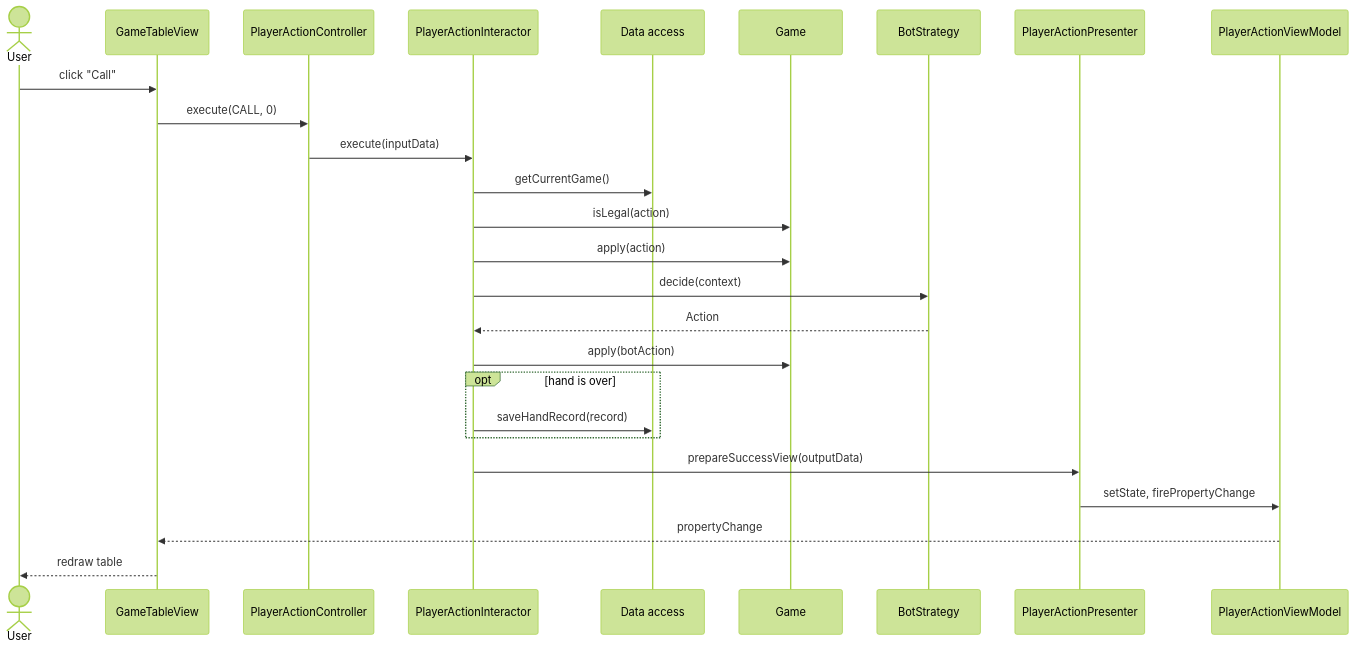
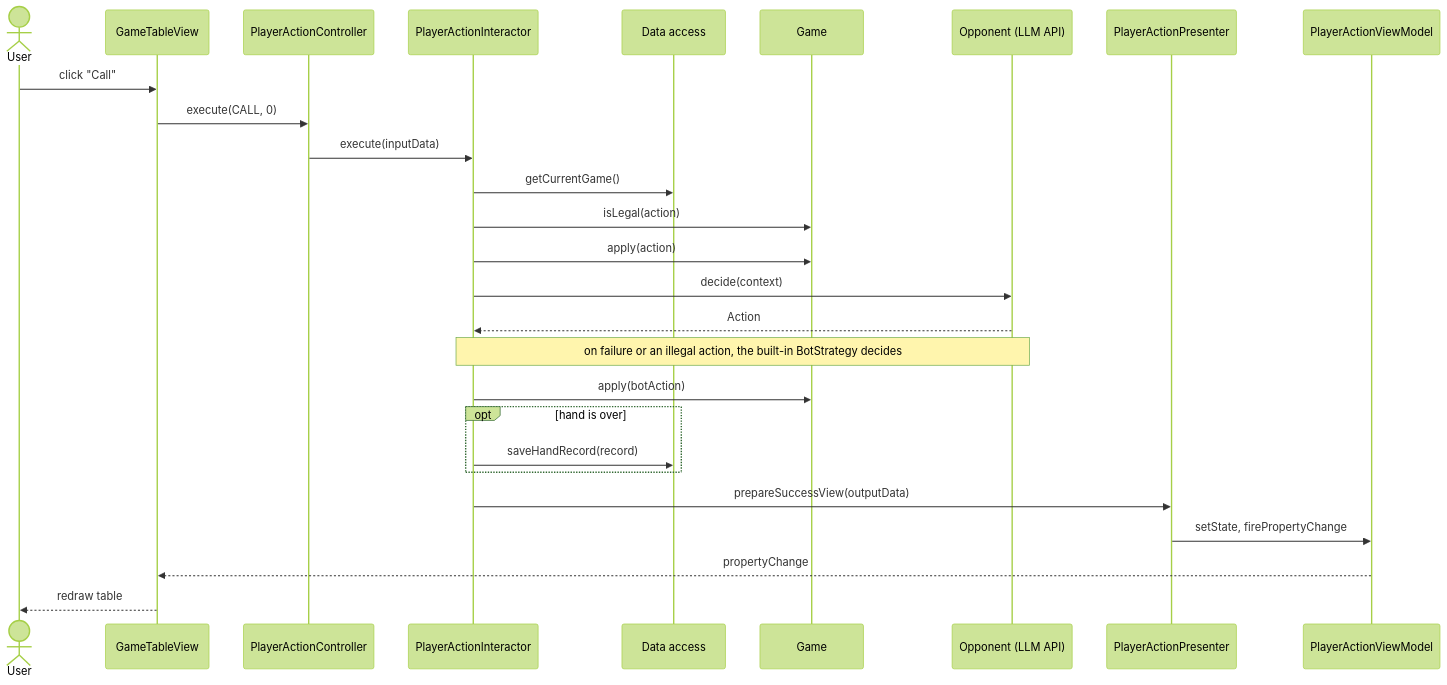
Before and after one commit to leiz123321/team-project: the third of 3 diagrams in docs/ARCHITECTURE.md, drawn with Mermaid (forest theme). The commit also changed other lines of this file and 1 other file, not shown here.

First line of the commit message:
Fill in README from the course template and update architecture

````diff
--- a/docs/ARCHITECTURE.md
+++ b/docs/ARCHITECTURE.md
@@ -306,29 +331,30 @@
 ```mermaid
 sequenceDiagram
     actor User
     participant View as GameTableView
     participant Ctrl as PlayerActionController
     participant Int as PlayerActionInteractor
     participant DAO as Data access
     participant G as Game
-    participant Bot as BotStrategy
+    participant Bot as Opponent (LLM API)
     participant Pres as PlayerActionPresenter
     participant VM as PlayerActionViewModel
 
     User->>View: click "Call"
     View->>Ctrl: execute(CALL, 0)
     Ctrl->>Int: execute(inputData)
     Int->>DAO: getCurrentGame()
     Int->>G: isLegal(action)
     Int->>G: apply(action)
     Int->>Bot: decide(context)
     Bot-->>Int: Action
+    Note over Int,Bot: on failure or an illegal action, the built-in BotStrategy decides
     Int->>G: apply(botAction)
     opt hand is over
         Int->>DAO: saveHandRecord(record)
     end
     Int->>Pres: prepareSuccessView(outputData)
     Pres->>VM: setState, firePropertyChange
     VM-->>View: propertyChange
     View-->>User: redraw table
 ```
````
